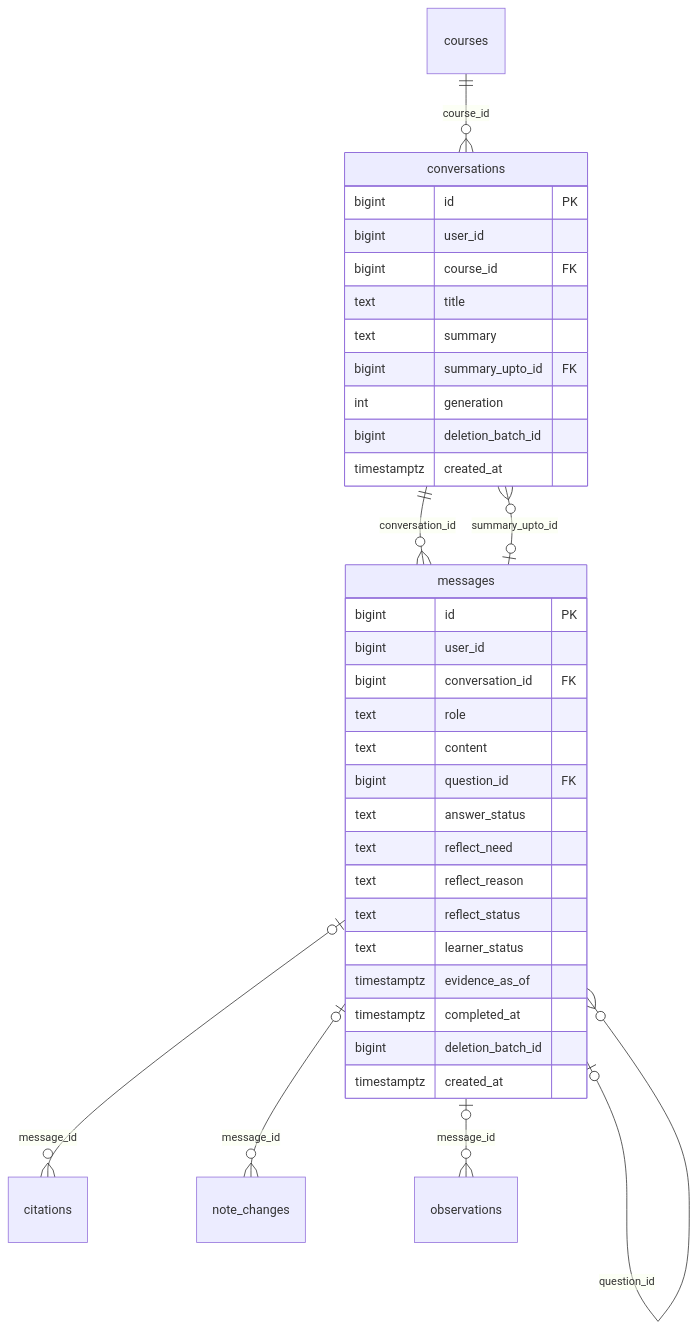
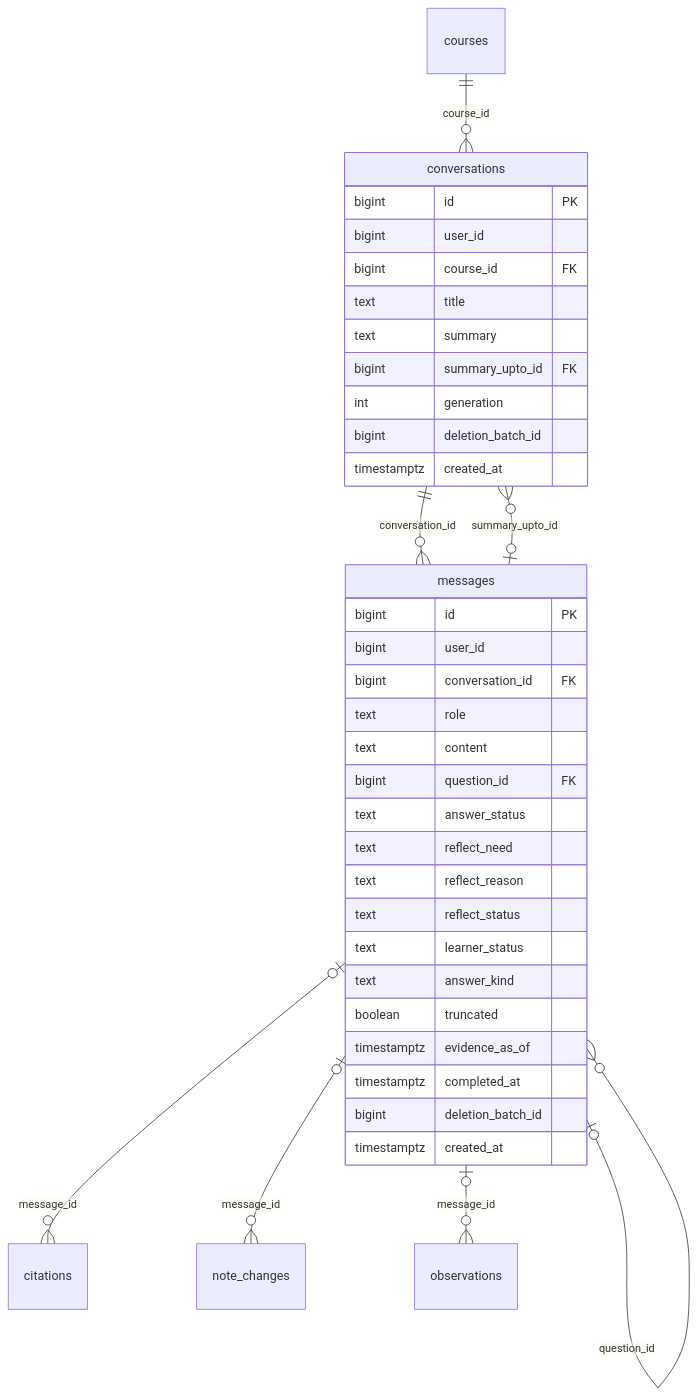
One commit to MinGyu-Kim0/notree changed the fourth of 7 diagrams in docs/erd.md. Above: the diagram before and after it, drawn with Mermaid. The commit also changed other lines of this file and 10 other files, not shown here.

````diff
--- a/docs/erd.md
+++ b/docs/erd.md
@@ -409,46 +409,48 @@
 ```mermaid
 erDiagram
   conversations {
     bigint id PK
     bigint user_id
     bigint course_id FK
     text title
     text summary
     bigint summary_upto_id FK
     int generation
     bigint deletion_batch_id
     timestamptz created_at
   }
   messages {
     bigint id PK
     bigint user_id
     bigint conversation_id FK
     text role
     text content
     bigint question_id FK
     text answer_status
     text reflect_need
     text reflect_reason
     text reflect_status
     text learner_status
+    text answer_kind
+    boolean truncated
     timestamptz evidence_as_of
     timestamptz completed_at
     bigint deletion_batch_id
     timestamptz created_at
   }
   citations {
   }
   courses {
   }
   note_changes {
   }
   observations {
   }
   messages |o--o{ citations : "message_id"
   courses ||--o{ conversations : "course_id"
   messages |o--o{ conversations : "summary_upto_id"
   conversations ||--o{ messages : "conversation_id"
   messages |o--o{ messages : "question_id"
   messages |o--o{ note_changes : "message_id"
   messages |o--o{ observations : "message_id"
 ```
````
